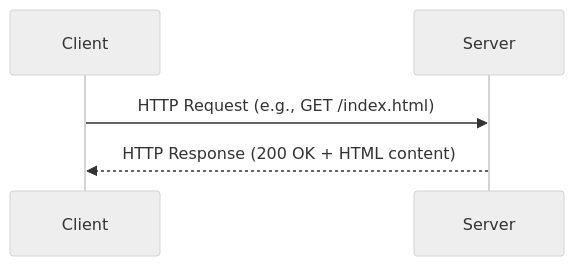
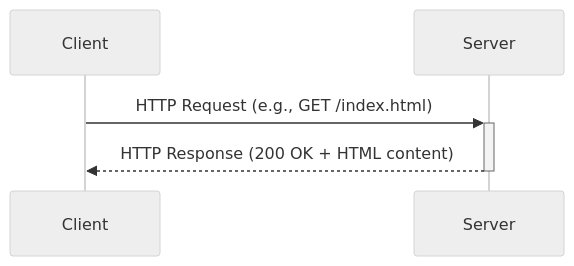
The second of 2 diagrams in notes/communication-and-networking/hypertext-transfer-protocol/what-is-http/index.mdx (faizanmsiddiqui/faizanmsiddiqui.github.io), drawn with Mermaid (neutral theme) before and after one commit.

Commit message:
🎨 style(sequence-diagram): improve arrow notation for clarity
Updated the arrow notation in the sequence diagram to enhance
readability. The changes include modifying the arrows to indicate
the direction of communication more clearly, which helps in
understanding the flow of HTTP requests and responses between
the client and server.

````diff
--- a/notes/communication-and-networking/hypertext-transfer-protocol/what-is-http/index.mdx
+++ b/notes/communication-and-networking/hypertext-transfer-protocol/what-is-http/index.mdx
@@ -57,8 +57,8 @@
 ```mermaid
 sequenceDiagram
     participant Client
     participant Server
 
-    Client->>Server: HTTP Request (e.g., GET /index.html)
-    Server-->>Client: HTTP Response (200 OK + HTML content)
+    Client->>+Server: HTTP Request (e.g., GET /index.html)
+    Server-->>-Client: HTTP Response (200 OK + HTML content)
 ```
````
